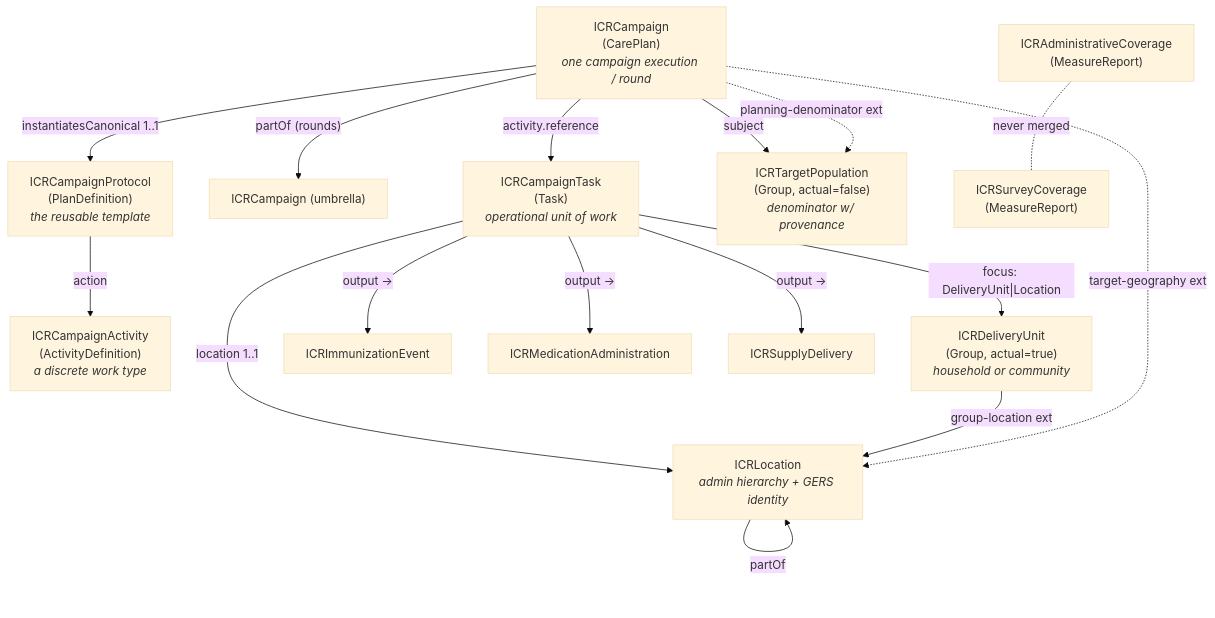
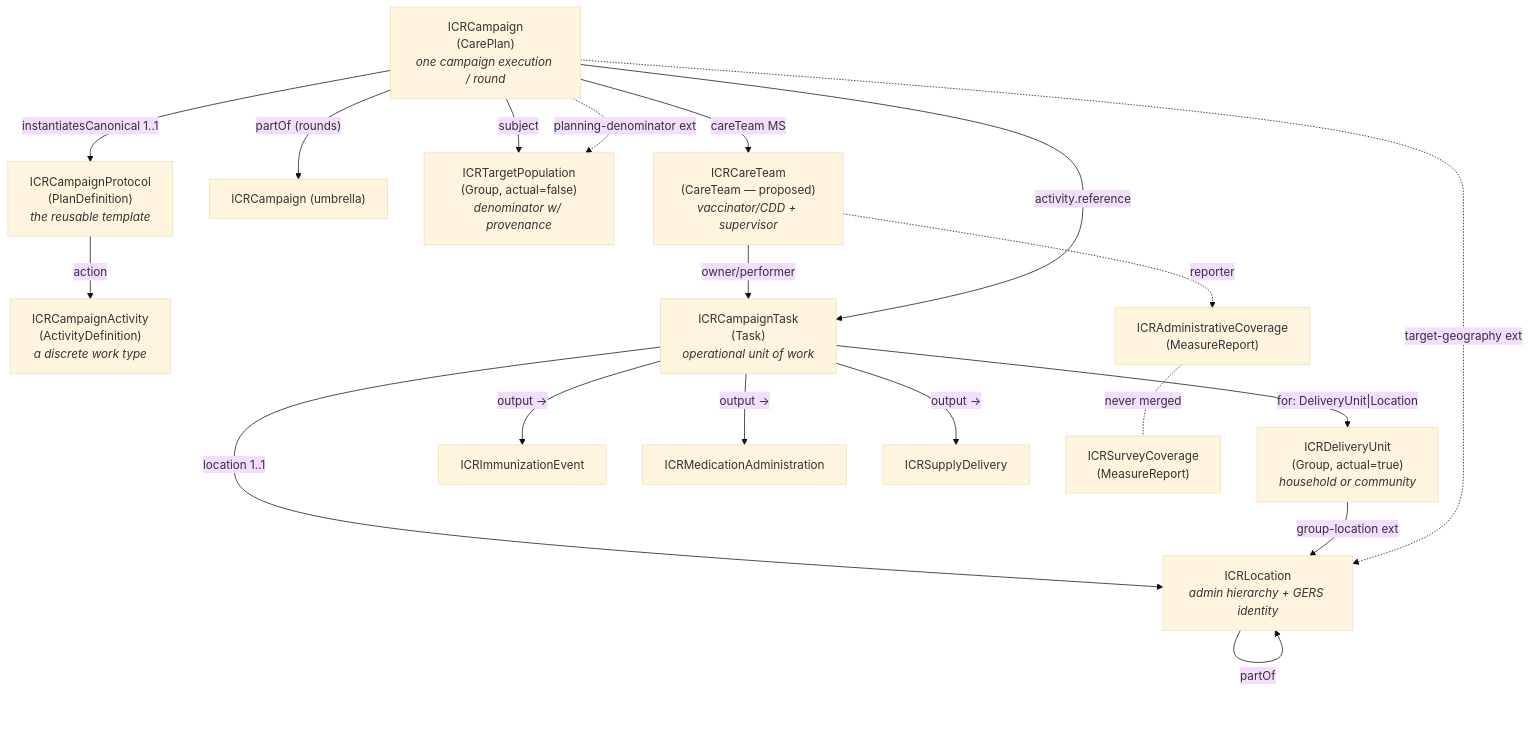
The first of 4 diagrams in project/ig-info.md (recodelabs/icr), drawn with Mermaid (base theme) before and after one commit. The commit also changed other lines of this file, not shown here.

````diff
--- a/project/ig-info.md
+++ b/project/ig-info.md
@@ -212,32 +202,36 @@
 ```mermaid
 graph TD
     PD["ICRCampaignProtocol<br/>(PlanDefinition)<br/><i>the reusable template</i>"]
     AD["ICRCampaignActivity<br/>(ActivityDefinition)<br/><i>a discrete work type</i>"]
     CP["ICRCampaign<br/>(CarePlan)<br/><i>one campaign execution / round</i>"]
     CPU["ICRCampaign (umbrella)"]
     T["ICRCampaignTask<br/>(Task)<br/><i>operational unit of work</i>"]
     TP["ICRTargetPopulation<br/>(Group, actual=false)<br/><i>denominator w/ provenance</i>"]
     HH["ICRDeliveryUnit<br/>(Group, actual=true)<br/><i>household or community</i>"]
     L["ICRLocation<br/><i>admin hierarchy + GERS identity</i>"]
     IMM["ICRImmunizationEvent"]
     MED["ICRMedicationAdministration"]
     SUP["ICRSupplyDelivery"]
     AC["ICRAdministrativeCoverage<br/>(MeasureReport)"]
     SC["ICRSurveyCoverage<br/>(MeasureReport)"]
+    CT["ICRCareTeam<br/>(CareTeam — proposed)<br/><i>vaccinator/CDD + supervisor</i>"]
 
     PD -- "action" --> AD
     CP -- "instantiatesCanonical 1..1" --> PD
     CP -- "partOf (rounds)" --> CPU
     CP -- "subject" --> TP
+    CP -- "careTeam MS" --> CT
+    CT -- "owner/performer" --> T
+    CT -. "reporter" .-> AC
     CP -- "activity.reference" --> T
-    T -- "focus: DeliveryUnit|Location" --> HH
+    T -- "for: DeliveryUnit|Location" --> HH
     T -- "location 1..1" --> L
     T -- "output →" --> IMM
     T -- "output →" --> MED
     T -- "output →" --> SUP
     HH -- "group-location ext" --> L
     L -- "partOf" --> L
     CP -. "planning-denominator ext" .-> TP
     CP -. "target-geography ext" .-> L
     AC -. "never merged" .- SC
 ```
````
